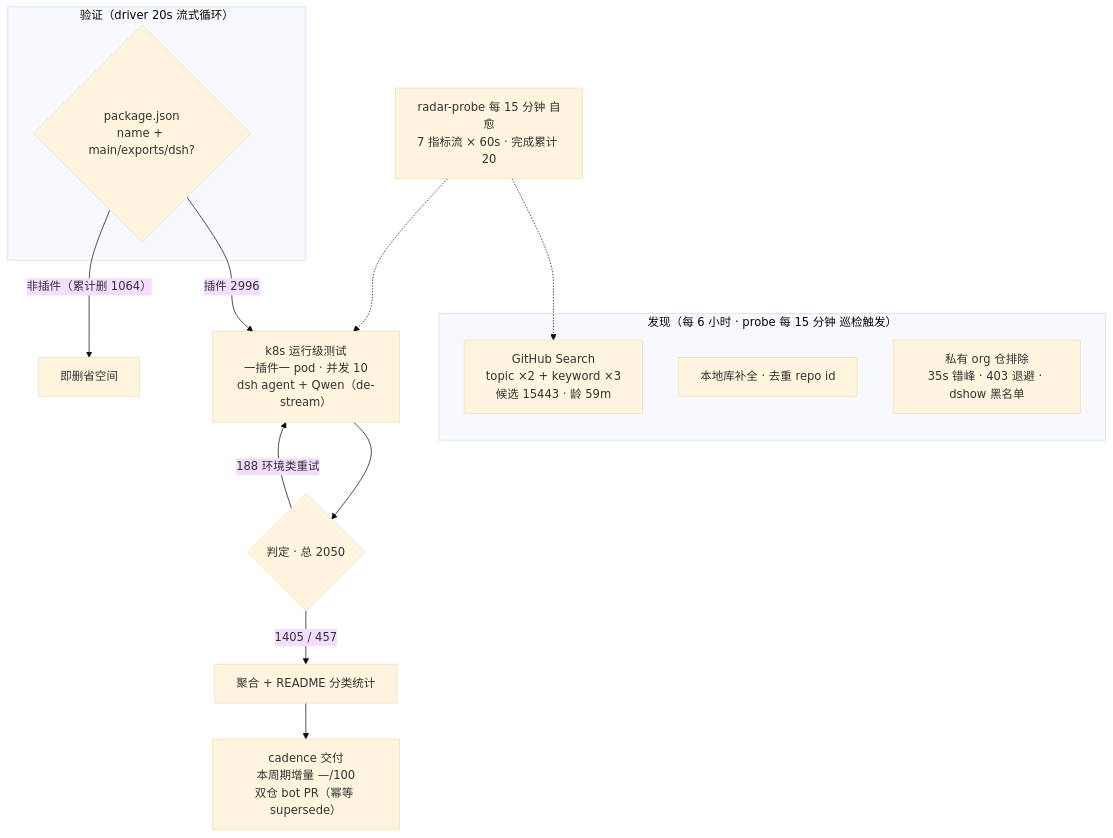
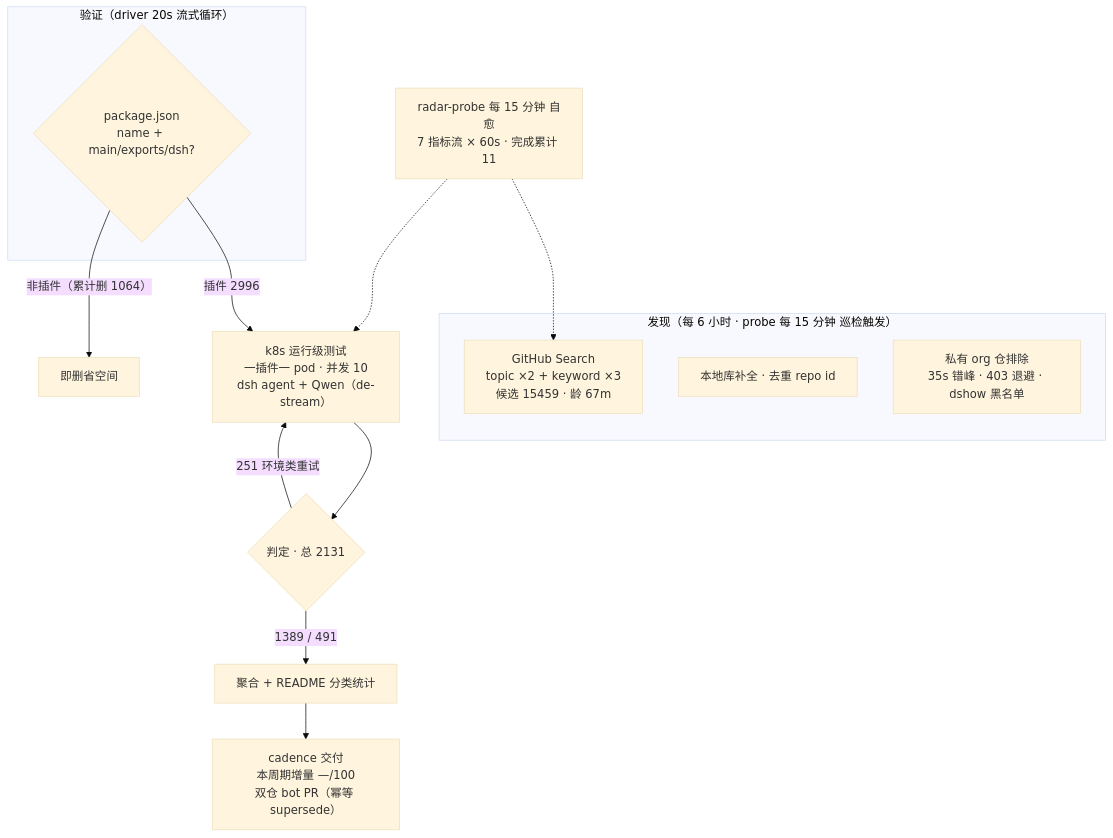
The diagram in README.md (Zhidao-Lab-OSS/awesome-dsh-plugins), drawn with Mermaid (base theme) before and after one commit. The commit also changed other lines of this file and 1 other file, not shown here.

````diff
--- a/README.md
+++ b/README.md
@@ -37,20 +37,20 @@
 ```mermaid
 flowchart TB
     subgraph Discovery["发现（每 6 小时 · probe 每 15 分钟 巡检触发）"]
-        A1["GitHub Search<br/>topic ×2 + keyword ×3<br/>候选 15443 · 龄 59m"]
+        A1["GitHub Search<br/>topic ×2 + keyword ×3<br/>候选 15459 · 龄 67m"]
         A2["本地库补全 · 去重 repo id"]
         A3["私有 org 仓排除<br/>35s 错峰 · 403 退避 · dshow 黑名单"]
     end
     subgraph Validation["验证（driver 20s 流式循环）"]
         B1{"package.json<br/>name + main/exports/dsh?"}
     end
     B1 -->|"插件 2996"| C1["k8s 运行级测试<br/>一插件一 pod · 并发 10<br/>dsh agent + Qwen（de-stream）"]
     B1 -->|"非插件（累计删 1064）"| B3["即删省空间"]
-    C1 --> D1{"判定 · 总 2050"}
-    D1 -->|"1405 / 457"| E1["聚合 + README 分类统计"]
-    D1 -->|"188 环境类重试"| C1
+    C1 --> D1{"判定 · 总 2131"}
+    D1 -->|"1389 / 491"| E1["聚合 + README 分类统计"]
+    D1 -->|"251 环境类重试"| C1
     E1 --> E2["cadence 交付<br/>本周期增量 —/100<br/>双仓 bot PR（幂等 supersede）"]
-    M["radar-probe 每 15 分钟 自愈<br/>7 指标流 × 60s · 完成累计 20"]
+    M["radar-probe 每 15 分钟 自愈<br/>7 指标流 × 60s · 完成累计 11"]
     M -.-> A1
     M -.-> C1
 ```
````
